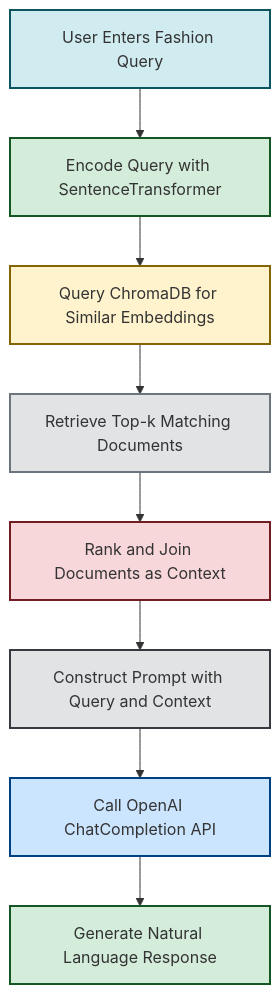
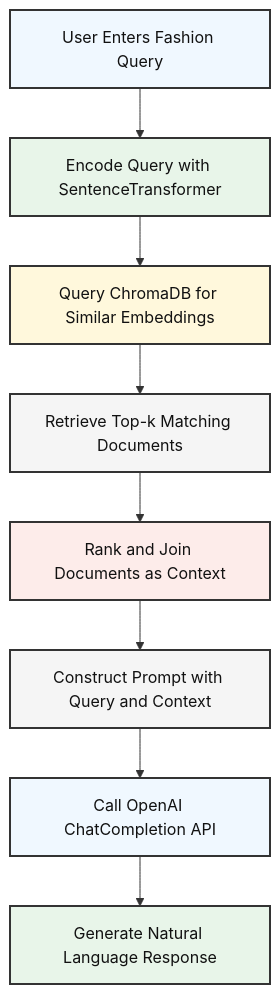
The second of 2 diagrams in README.md (dsharma3/FashionAIRAGAssistant), drawn with Mermaid before and after one commit. The commit also changed other lines of this file, not shown here.

Commit message:
added md file

````diff
--- a/README.md
+++ b/README.md
@@ -113,19 +113,19 @@
 ```mermaid
 graph TD
     A[User Enters Fashion Query] --> B[Encode Query with SentenceTransformer]
     B --> C[Query ChromaDB for Similar Embeddings]
     C --> D[Retrieve Top-k Matching Documents]
     D --> E[Rank and Join Documents as Context]
     E --> F[Construct Prompt with Query and Context]
     F --> G[Call OpenAI ChatCompletion API]
     G --> H[Generate Natural Language Response]
 
-    style A fill:#d1ecf1,stroke:#0c5460,stroke-width:2px
-    style B fill:#d4edda,stroke:#155724,stroke-width:2px
-    style C fill:#fff3cd,stroke:#856404,stroke-width:2px
-    style D fill:#e2e3e5,stroke:#6c757d,stroke-width:2px
-    style E fill:#f8d7da,stroke:#721c24,stroke-width:2px
-    style F fill:#e2e3e5,stroke:#343a40,stroke-width:2px
-    style G fill:#cce5ff,stroke:#004085,stroke-width:2px
-    style H fill:#d4edda,stroke:#155724,stroke-width:2px
+    style A fill:#f0f8ff,color:#111,stroke:#333,stroke-width:2px
+    style B fill:#e8f5e9,color:#111,stroke:#333,stroke-width:2px
+    style C fill:#fff8dc,color:#111,stroke:#333,stroke-width:2px
+    style D fill:#f5f5f5,color:#111,stroke:#333,stroke-width:2px
+    style E fill:#fdecea,color:#111,stroke:#333,stroke-width:2px
+    style F fill:#f5f5f5,color:#111,stroke:#333,stroke-width:2px
+    style G fill:#f0f8ff,color:#111,stroke:#333,stroke-width:2px
+    style H fill:#e8f5e9,color:#111,stroke:#333,stroke-width:2px
 ```
````
